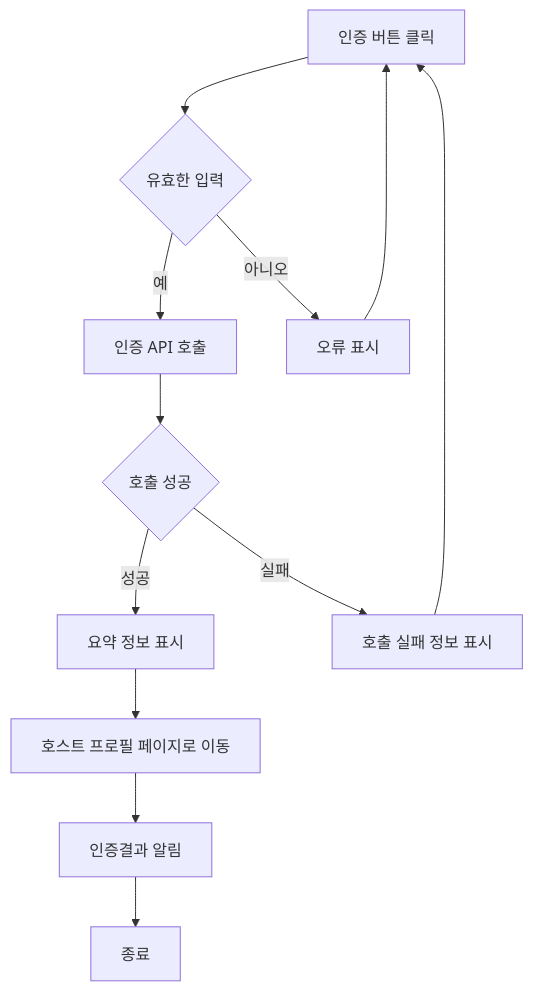
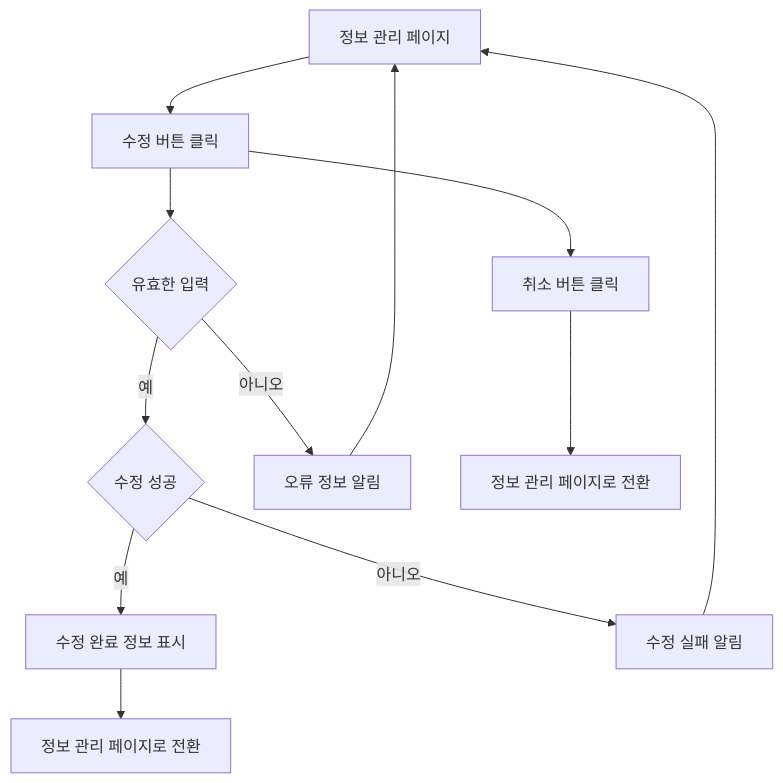
One commit to red-dev-Mark/devcamp-onboarding-project-Team-2 changed the second of 7 diagrams in design/기능정의서.md. Above: the diagram before and after it, drawn with Mermaid. The commit also changed other lines of this file, not shown here.

````diff
--- a/design/기능정의서.md
+++ b/design/기능정의서.md
@@ -86,14 +118,15 @@
 ```mermaid
 flowchart TD
-    A[인증 버튼 클릭] --> B[입력 항목 유효성 검증]
-    B{유효한 입력} -- 예 --> C[인증 API 호출]
-    B{유효한 입력} -- 아니오 --> D[오류 표시]
-    D --> A
-    C --> E{호출 성공}
-    E -- 성공 --> F[요약 정보 표시]
-    F --> G[호스트 프로필 페이지로 이동]
-    E -- 실패 --> H[호출 실패 정보 표시]
-    H --> A
-    G --> I[인증결과 알림]
-    I --> Z[종료]
+    A[정보 관리 페이지] --> B[수정 버튼 클릭]
+    B --> C[입력 항목 유효성 검증]
+    C{유효한 입력} -- 예 --> F{수정 성공}
+    C -- 아니오 --> E[오류 정보 알림]
+    E --> A
+    F -- 예 --> G[수정 완료 정보 표시]
+    G --> H[정보 관리 페이지로 전환]
+    F -- 아니오 --> I[수정 실패 알림]
+    I --> A
+
+    B --> J[취소 버튼 클릭]
+    J --> K[정보 관리 페이지로 전환]
 ```
````
